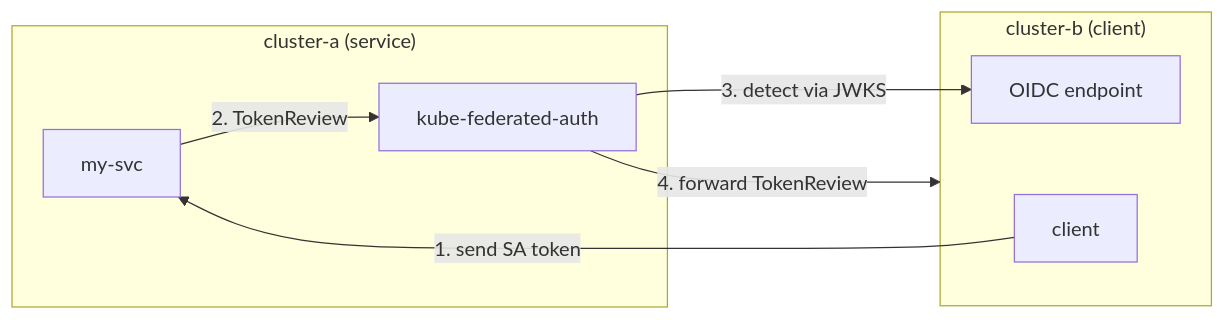
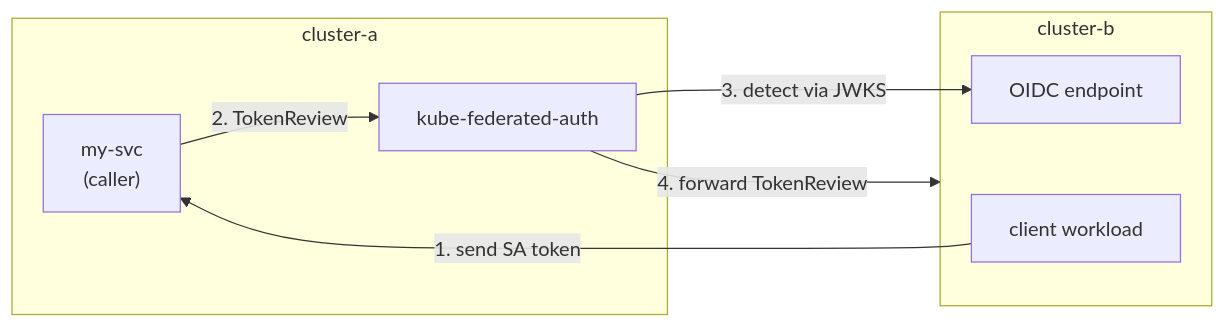
One commit to rophy/kube-federated-auth changed the diagram in README.md. Above: the diagram before and after it, drawn with Mermaid. The commit also changed other lines of this file and 7 other files, not shown here.

````diff
--- a/README.md
+++ b/README.md
@@ -11,17 +17,17 @@
 ```mermaid
 flowchart LR
-    subgraph cluster-a["cluster-a (service)"]
-        svc[my-svc]
+    subgraph cluster-a["cluster-a"]
+        svc["my-svc\n(caller)"]
         kfa[kube-federated-auth]
         svc -->|2. TokenReview| kfa
     end
 
-    subgraph cluster-b["cluster-b (client)"]
-        client[client]
+    subgraph cluster-b["cluster-b"]
+        client["client workload"]
         oidc[OIDC endpoint]
     end
 
     client -->|1. send SA token| svc
     kfa -->|3. detect via JWKS| oidc
     kfa -->|4. forward TokenReview| cluster-b
 ```
````
